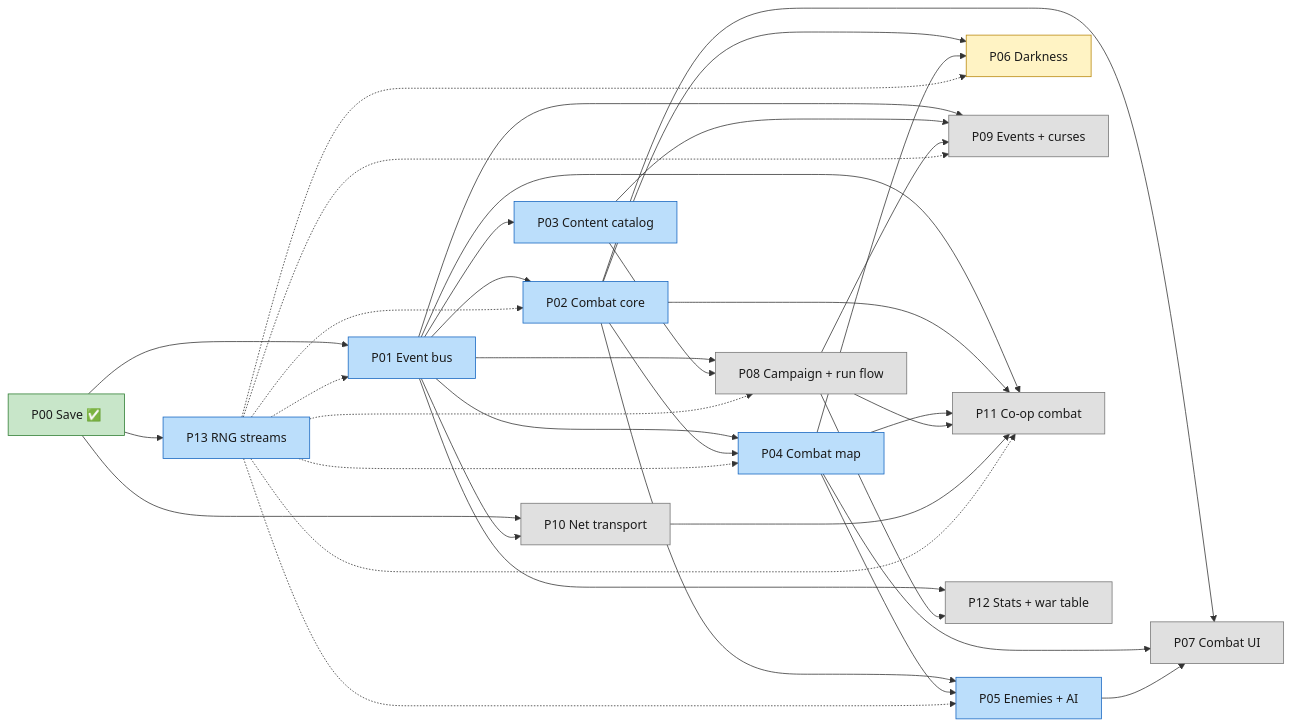
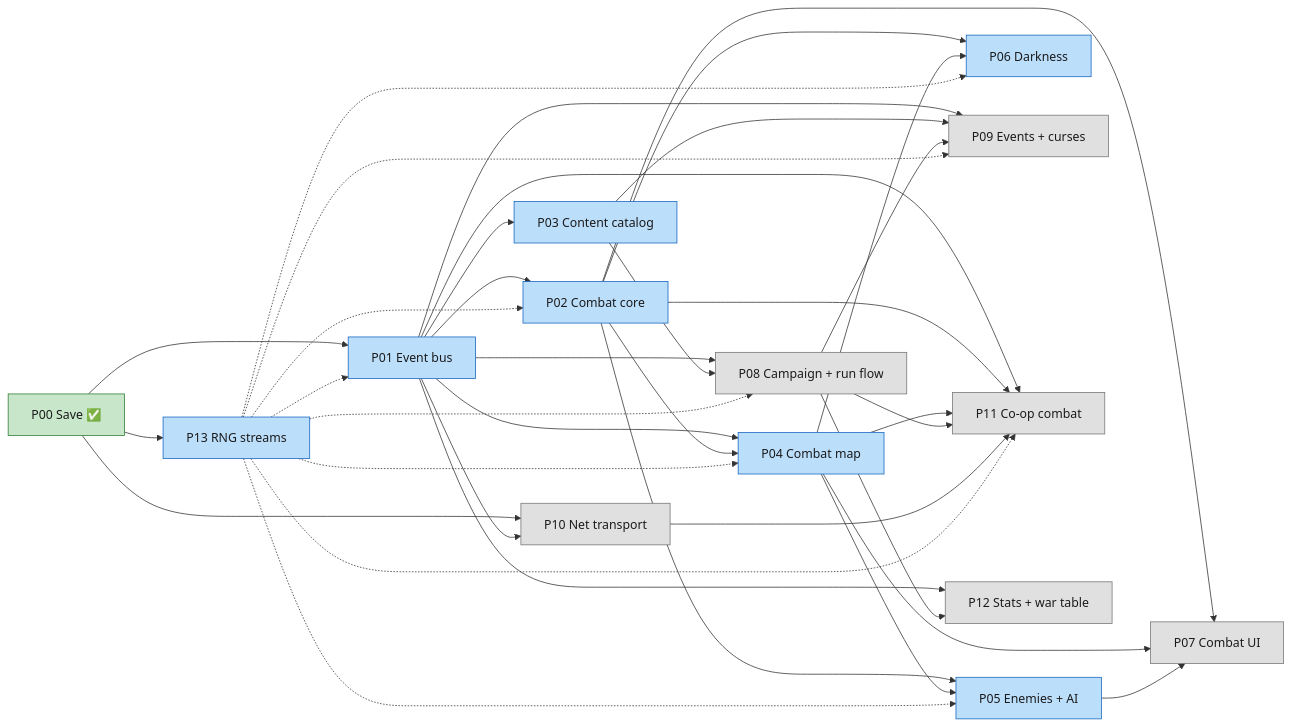
One commit to DevinHMurphy/bandit-bash changed the first of 2 diagrams in docs/plans/game-orchestrator.md. Above: the diagram before and after it, drawn with Mermaid. The commit also changed other lines of this file and 4 other files, not shown here.

````diff
--- a/docs/plans/game-orchestrator.md
+++ b/docs/plans/game-orchestrator.md
@@ -123,47 +123,46 @@
 ```mermaid
 flowchart LR
   P00[P00 Save ✅] --> P01[P01 Event bus]
   P00 --> P13[P13 RNG streams]
   P00 --> P10[P10 Net transport]
   P01 --> P02[P02 Combat core]
   P01 --> P03[P03 Content catalog]
   P01 --> P04[P04 Combat map]
   P02 --> P04
   P02 --> P05[P05 Enemies + AI]
   P04 --> P05
   P02 --> P06[P06 Darkness]
   P04 --> P06
   P02 --> P07[P07 Combat UI]
   P04 --> P07
   P05 --> P07
   P01 --> P08[P08 Campaign + run flow]
   P03 --> P08
   P01 --> P09[P09 Events + curses]
   P03 --> P09
   P08 --> P09
   P01 --> P10
   P01 --> P11[P11 Co-op combat]
   P02 --> P11
   P04 --> P11
   P08 --> P11
   P10 --> P11
   P01 --> P12[P12 Stats + war table]
   P08 --> P12
   P13 -.-> P01
   P13 -.-> P02
   P13 -.-> P04
   P13 -.-> P05
   P13 -.-> P06
   P13 -.-> P08
   P13 -.-> P09
   P13 -.-> P11
 
   classDef done fill:#c8e6c9,stroke:#2e7d32,color:#1b1b1b
   classDef active fill:#bbdefb,stroke:#1565c0,color:#1b1b1b
   classDef ready fill:#fff3c4,stroke:#b8860b,color:#1b1b1b
   classDef waiting fill:#e0e0e0,stroke:#757575,color:#1b1b1b
   class P00 done
-  class P01,P02,P03,P04,P05,P13 active
-  class P06 ready
+  class P01,P02,P03,P04,P05,P06,P13 active
   class P07,P08,P09,P10,P11,P12 waiting
 ```
````
